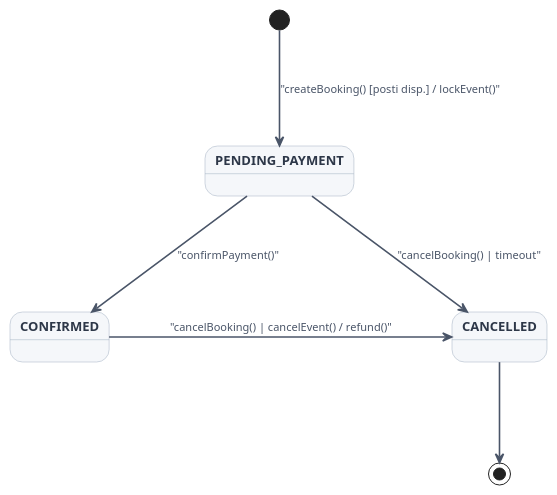
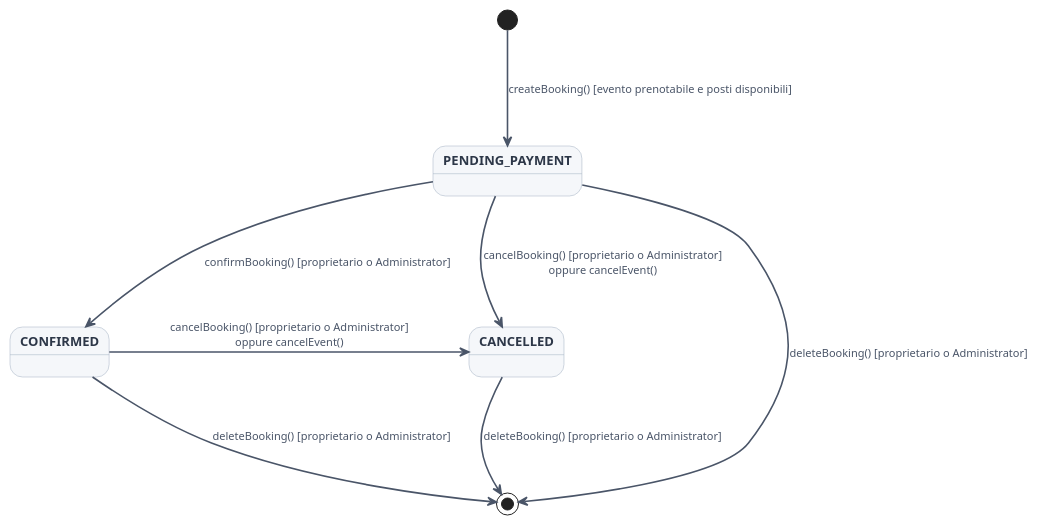
Before and after one commit to MeruemMeurel/Venue_Event_Organiser: the diagram in docs/diagrams/states/state-booking.puml, drawn with PlantUML. The commit also changed 10 other files, not shown here.

```diff
--- a/docs/diagrams/states/state-booking.puml
+++ b/docs/diagrams/states/state-booking.puml
@@ -1,31 +1,33 @@
 @startuml
 skinparam style strictuml
 skinparam shadowing false
 skinparam DefaultFontName "Helvetica"
 skinparam DefaultFontSize 12
 
 skinparam state {
     BackgroundColor #F5F7FA
     BorderColor #A0AEC0
     FontColor #2D3748
     FontSize 13
     FontStyle bold
 
     ArrowColor #4A5568
     ArrowThickness 1.6
     ArrowFontColor #4A5568
     ArrowFontSize 11
 }
 
 skinparam ranksep 100
 skinparam nodesep 120
 
-[*] --> PENDING_PAYMENT : "createBooking() [posti disp.] / lockEvent()"
+[*] --> PENDING_PAYMENT : createBooking() [evento prenotabile e posti disponibili]
 
-PENDING_PAYMENT --> CONFIRMED : "confirmPayment()"
+PENDING_PAYMENT --> CONFIRMED : confirmBooking() [proprietario o Administrator]
 
-PENDING_PAYMENT -right-> CANCELLED : "cancelBooking() | timeout"
-CONFIRMED -right-> CANCELLED : "cancelBooking() | cancelEvent() / refund()"
+PENDING_PAYMENT -right-> CANCELLED : cancelBooking() [proprietario o Administrator]\noppure cancelEvent()
+CONFIRMED -right-> CANCELLED : cancelBooking() [proprietario o Administrator]\noppure cancelEvent()
 
-CANCELLED --> [*]
+PENDING_PAYMENT --> [*] : deleteBooking() [proprietario o Administrator]
+CONFIRMED --> [*] : deleteBooking() [proprietario o Administrator]
+CANCELLED --> [*] : deleteBooking() [proprietario o Administrator]
 @endum
```
